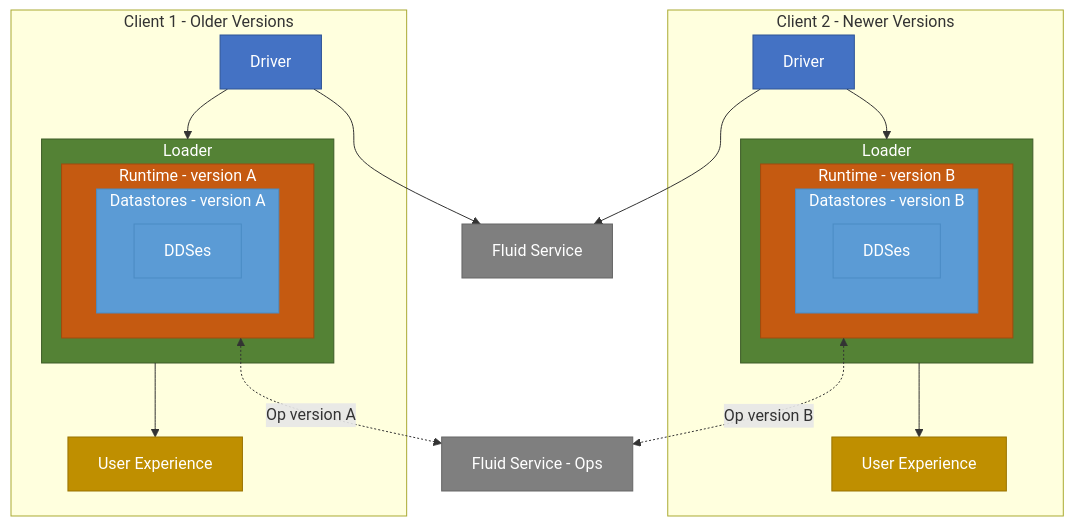
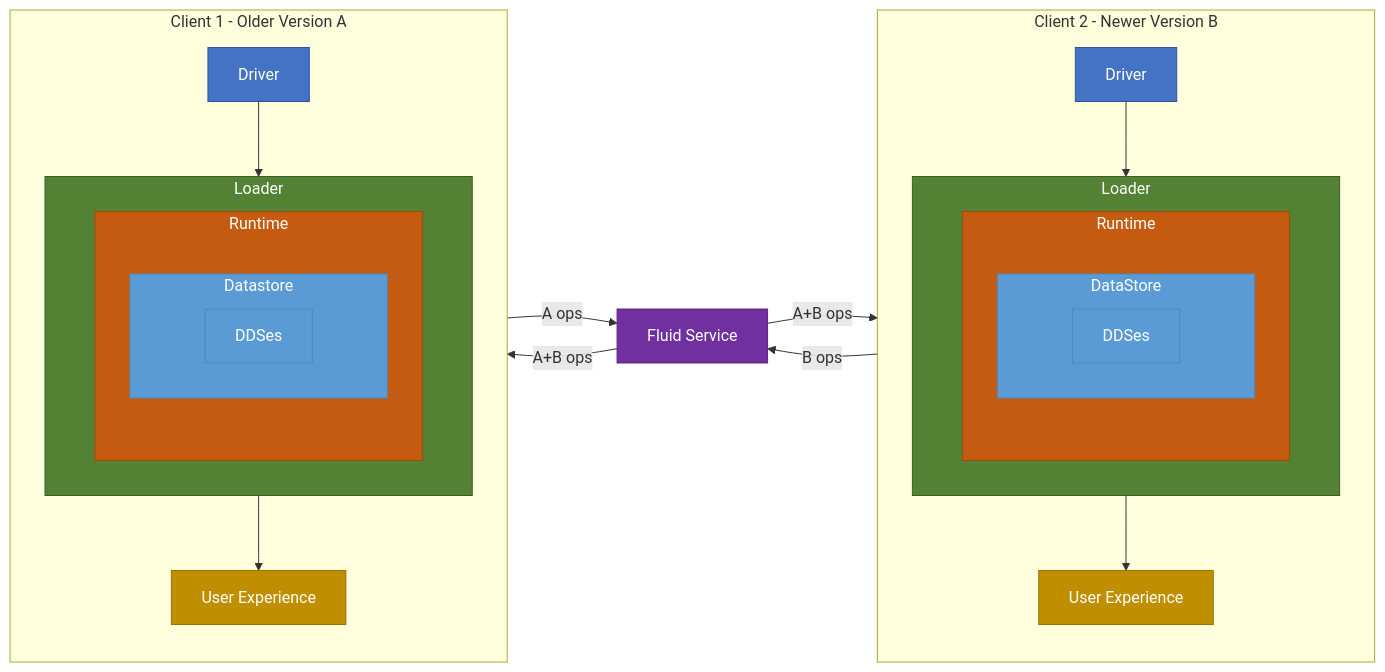
The third of 3 diagrams in FluidCompatibilityConsiderations.md (microsoft/FluidFramework), drawn with Mermaid before and after one commit. The commit also changed other lines of this file and 2 other files, not shown here.

````diff
--- a/FluidCompatibilityConsiderations.md
+++ b/FluidCompatibilityConsiderations.md
@@ -121,57 +113,55 @@
 ```mermaid
-graph TB
-    subgraph Client2[Client 2 - Newer Versions]
+graph LR
+    subgraph Client2[Client 2 - Newer Version B]
         UX2[User Experience]
         Driver2[Driver]
         subgraph Loader2[Loader]
-            subgraph Runtime2[Runtime - version B]
-                subgraph Datastores2[Datastores - version B]
+            subgraph Runtime2[Runtime]
+                subgraph DataStore2[DataStore]
                     DDSes2[DDSes]
                 end
             end
         end
     end
 
-    subgraph Client1[Client 1 - Older Versions]
+    subgraph Client1[Client 1 - Older Version A]
         UX1[User Experience]
         Driver1[Driver]
         subgraph Loader1[Loader]
-            subgraph Runtime1[Runtime - version A]
-                subgraph Datastores1[Datastores - version A]
+            subgraph Runtime1[Runtime]
+                subgraph DataStore1[Datastore]
                     DDSes1[DDSes]
                 end
             end
         end
     end
 
     FFS[Fluid Service]
 
     Loader1 --> UX1
     Driver1 --> Loader1
-    Driver1 --> FFS
 
     Loader2 --> UX2
     Driver2 --> Loader2
-    Driver2 --> FFS
 
-    FFS2[Fluid Service - Ops]
-    Runtime1 <-.Op version A.-> FFS2
-    Runtime2 <-.Op version B.-> FFS2
+    Client1 --A ops--> FFS
+    Client2 --B ops--> FFS
+    FFS --A+B ops--> Client1
+    FFS --A+B ops--> Client2
 
     style UX1 fill:#bf8f00,stroke:#997300,color:#fff
     style Driver1 fill:#4472c4,stroke:#2f5496,color:#fff
     style Loader1 fill:#548235,stroke:#3d5c28,color:#fff
     style Runtime1 fill:#c55a11,stroke:#a04a0e,color:#fff
-    style Datastores1 fill:#5b9bd5,stroke:#4a8bc4,color:#fff
+    style DataStore1 fill:#5b9bd5,stroke:#4a8bc4,color:#fff
     style DDSes1 fill:#5b9bd5,stroke:#4a8bc4,color:#fff,stroke-width:1px
 
     style UX2 fill:#bf8f00,stroke:#997300,color:#fff
     style Driver2 fill:#4472c4,stroke:#2f5496,color:#fff
     style Loader2 fill:#548235,stroke:#3d5c28,color:#fff
     style Runtime2 fill:#c55a11,stroke:#a04a0e,color:#fff
-    style Datastores2 fill:#5b9bd5,stroke:#4a8bc4,color:#fff
+    style DataStore2 fill:#5b9bd5,stroke:#4a8bc4,color:#fff
     style DDSes2 fill:#5b9bd5,stroke:#4a8bc4,color:#fff,stroke-width:1px
 
-    style FFS fill:#7f7f7f,stroke:#666666,color:#fff
-    style FFS2 fill:#7f7f7f,stroke:#666666,color:#fff
+    style FFS fill:#7030a0,stroke:#5a2680,color:#fff
 ```
````
